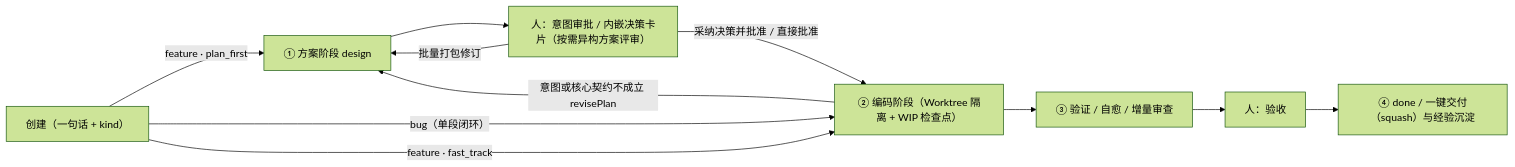
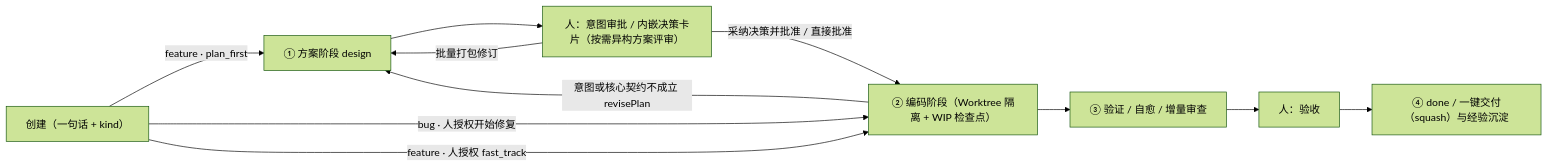
One commit to Jackie733/workbench changed the first of 2 diagrams in docs/FLOW.md. Above: the diagram before and after it, drawn with Mermaid (forest theme). The commit also changed other lines of this file, not shown here.

````diff
--- a/docs/FLOW.md
+++ b/docs/FLOW.md
@@ -10,13 +10,13 @@
 ```mermaid
 flowchart LR
   A["创建（一句话 + kind）"] -->|"feature · plan_first"| P["① 方案阶段 design"]
   P --> H1["人：意图审批 / 内嵌决策卡片（按需异构方案评审）"]
   H1 -->|"批量打包修订"| P
   H1 -->|"采纳决策并批准 / 直接批准"| C["② 编码阶段（Worktree 隔离 + WIP 检查点）"]
-  A -->|"bug（单段闭环）"| C
-  A -->|"feature · fast_track"| C
+  A -->|"bug · 人授权开始修复"| C
+  A -->|"feature · 人授权 fast_track"| C
   C -->|"意图或核心契约不成立 revisePlan"| P
   C --> V["③ 验证 / 自愈 / 增量审查"]
   V --> H2["人：验收"]
   H2 --> D["④ done / 一键交付（squash）与经验沉淀"]
 ```
````
